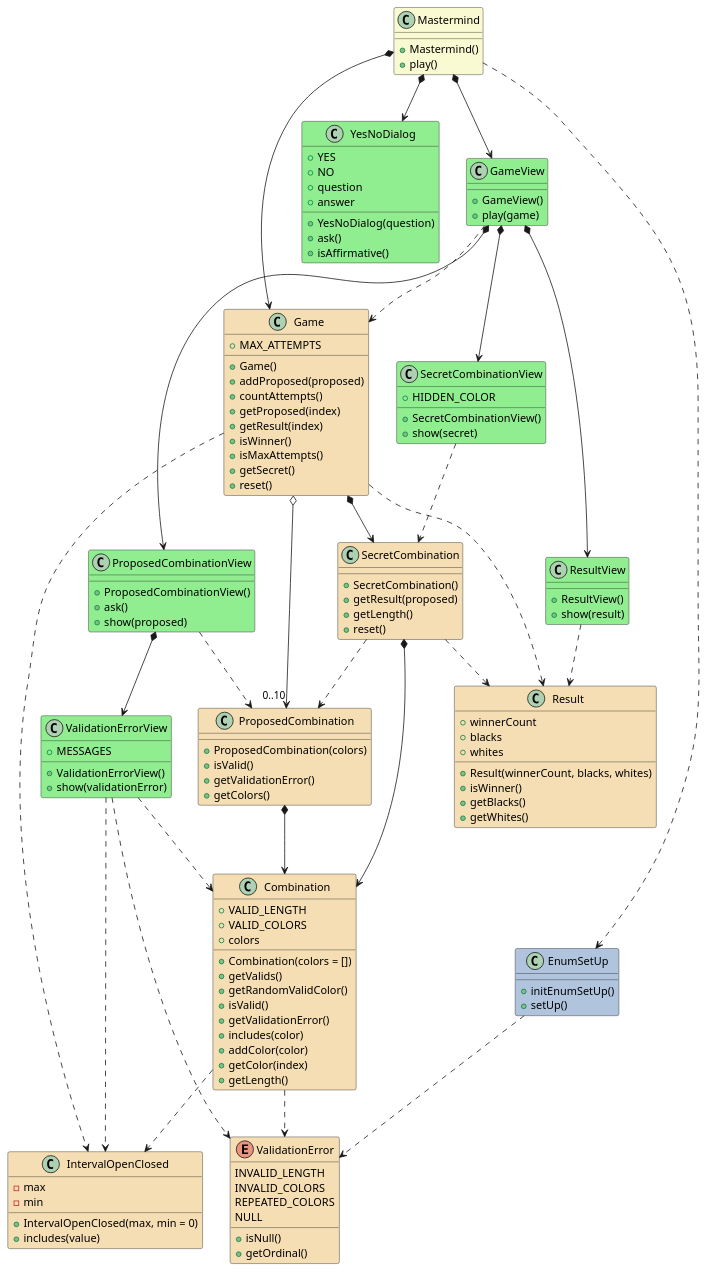
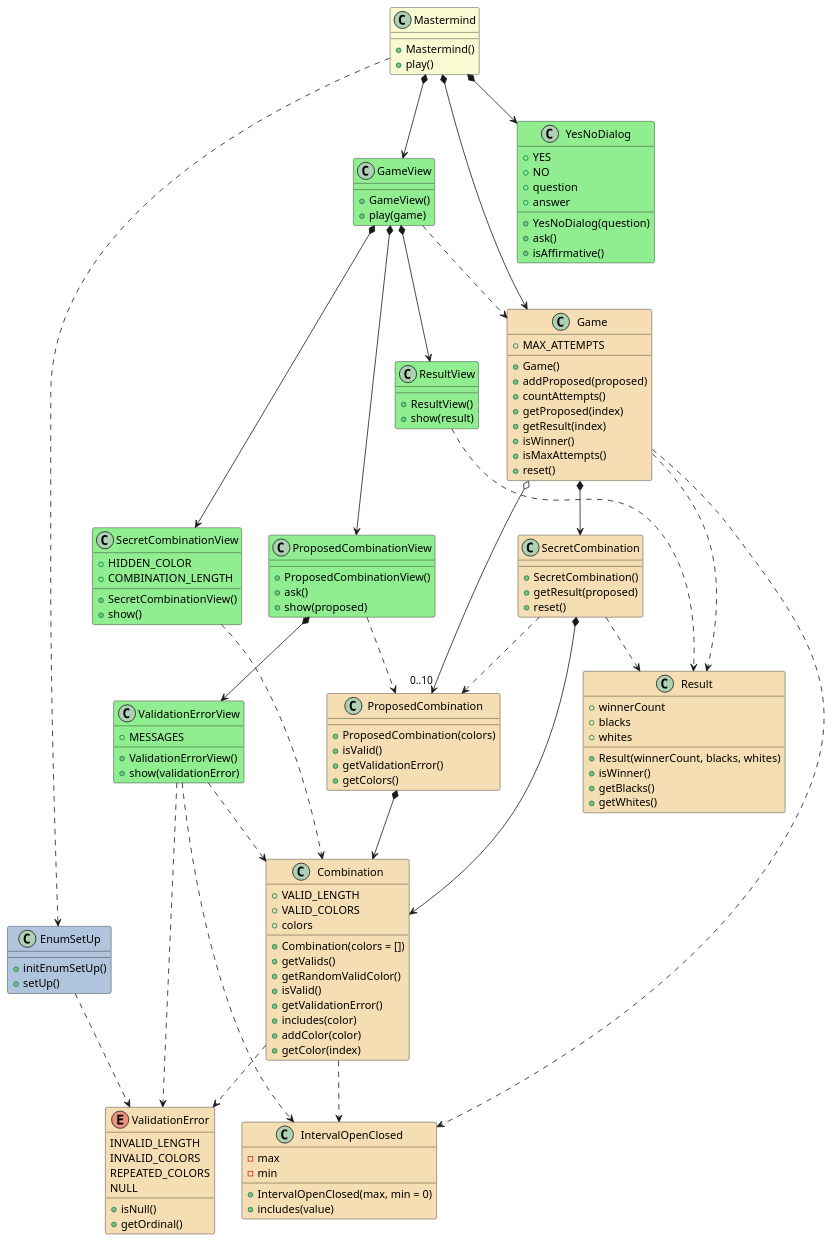
Before and after one commit to PabloMartinFluvia/myGame-mastermind: the diagram in docs/dev-resume/analysis.plantuml, drawn with PlantUML. The commit also changed 3 other files, not shown here.

Commit message:
task 7: refactor dependency in SecretCombinationView

```diff
--- a/docs/dev-resume/analysis.plantuml
+++ b/docs/dev-resume/analysis.plantuml
@@ -1,164 +1,162 @@
 @startuml analysis
 
 class Mastermind #LightGoldenRodYellow {  
 
     + Mastermind()
     + play()    
 }
 Mastermind *--> GameView
 Mastermind *--> YesNoDialog
 Mastermind *--> Game
 Mastermind ..> EnumSetUp
 
 class GameView #LightGreen {
 
     + GameView()
     + play(game)
 }
 GameView *--> SecretCombinationView
 GameView *--> ProposedCombinationView
 GameView *--> ResultView
 GameView ..> Game
 
 
 class SecretCombinationView #LightGreen {
     + HIDDEN_COLOR
+    + COMBINATION_LENGTH
     
     + SecretCombinationView()
-    + show(secret)
+    + show()
 }
-SecretCombinationView ..> SecretCombination
+SecretCombinationView ..> Combination
 
 class ProposedCombinationView #LightGreen {
     
     + ProposedCombinationView()
     + ask()
     + show(proposed)
 }
 ProposedCombinationView *--> ValidationErrorView
 ProposedCombinationView ..> ProposedCombination
 
 class ValidationErrorView #LightGreen {
 
     + MESSAGES
     
     + ValidationErrorView()
     + show(validationError)
 }
 ValidationErrorView ..> ValidationError
 ValidationErrorView ..> Combination
 ValidationErrorView ..> IntervalOpenClosed
 
 class ResultView #LightGreen {
     
     + ResultView()
     + show(result)
 }
 ResultView ..> Result
 
 class Game #Wheat{
     + MAX_ATTEMPTS
 
     + Game()
     + addProposed(proposed)
     + countAttempts()    
     + getProposed(index)
     + getResult(index)
     + isWinner()
-    + isMaxAttempts()    
-    + getSecret()    
+    + isMaxAttempts()  
     + reset()    
 }
 Game *--> SecretCombination
 Game o--> "0..10" ProposedCombination
 Game .down.> Result
 Game ..> IntervalOpenClosed
 
 class SecretCombination #Wheat{
     
     + SecretCombination()    
-    + getResult(proposed)
-    + getLength()     
+    + getResult(proposed)      
     + reset()
 
 }
 SecretCombination *-down-> Combination
 SecretCombination .down.> ProposedCombination
 SecretCombination .down.> Result
 
 class Result #Wheat{
     + winnerCount
     + blacks
     + whites
 
     + Result(winnerCount, blacks, whites)
     + isWinner()
     + getBlacks()    
     + getWhites()    
 }
 
 class Combination #Wheat{
     + VALID_LENGTH
     + VALID_COLORS    
     + colors
 
     + Combination(colors = [])
     + getValids()
     + getRandomValidColor()
     + isValid()    
     + getValidationError()
     + includes(color)    
     + addColor(color)          
     + getColor(index)
-    + getLength() 
 }
 Combination .down.> ValidationError
 Combination ..> IntervalOpenClosed
 
 enum ValidationError #Wheat{    
     INVALID_LENGTH
     INVALID_COLORS
     REPEATED_COLORS
     NULL
 
     + isNull()
     + getOrdinal()
 }
 
 class ProposedCombination #Wheat{
 
     + ProposedCombination(colors)
     + isValid()         
     + getValidationError()     
     + getColors()   
 }
 ProposedCombination *-down-> Combination 
 
 
 
 class YesNoDialog #LightGreen {
     + YES
     + NO
     + question
     + answer    
 
     + YesNoDialog(question)
     + ask()
     + isAffirmative()
 }
 
 class EnumSetUp #LightSteelBlue {
     + initEnumSetUp()
     + setUp()
 }
 EnumSetUp ..> ValidationError
 
 class IntervalOpenClosed #Wheat{
     - max
     - min
 
     + IntervalOpenClosed(max, min = 0)
     + includes(value)
 }
 
 @enduml
```
